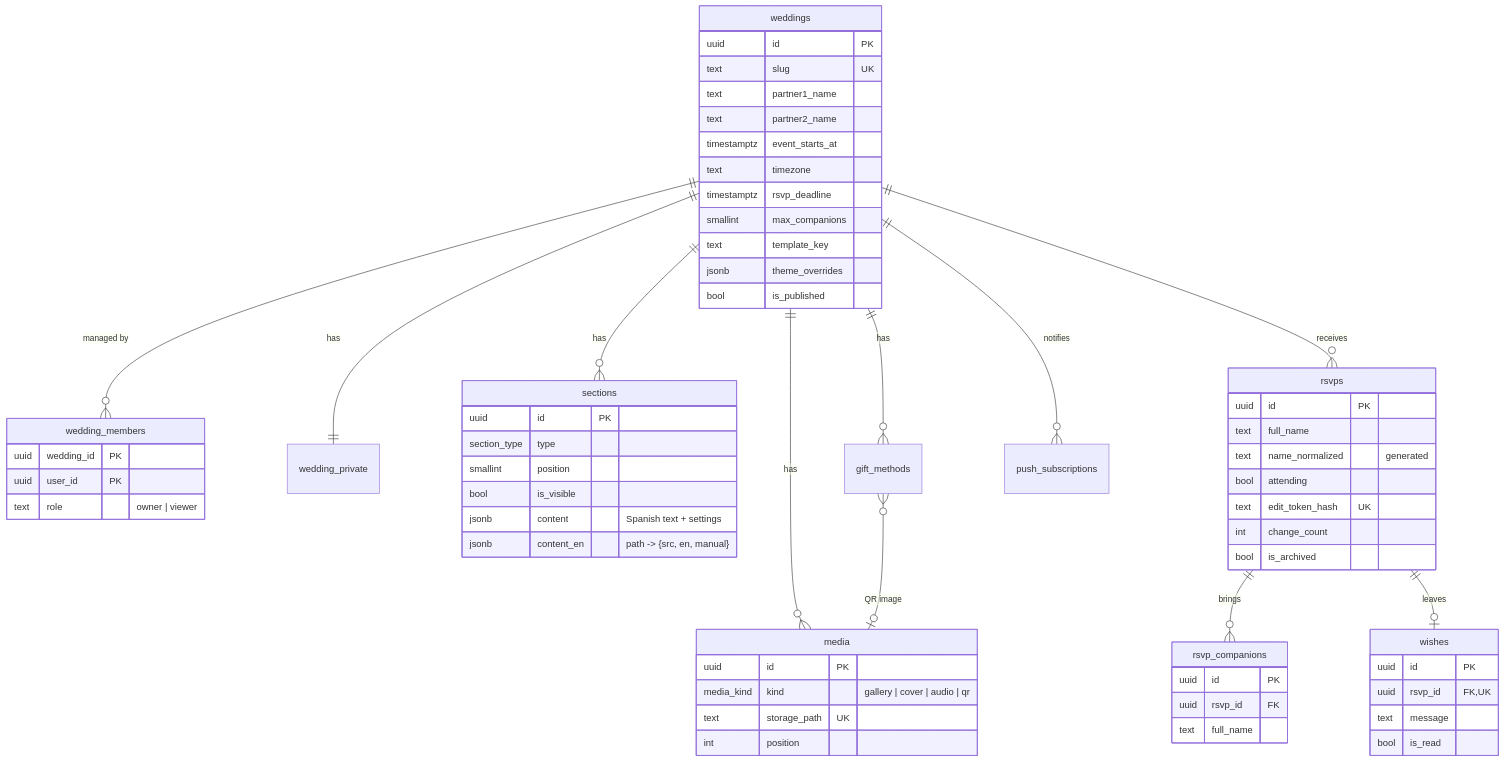
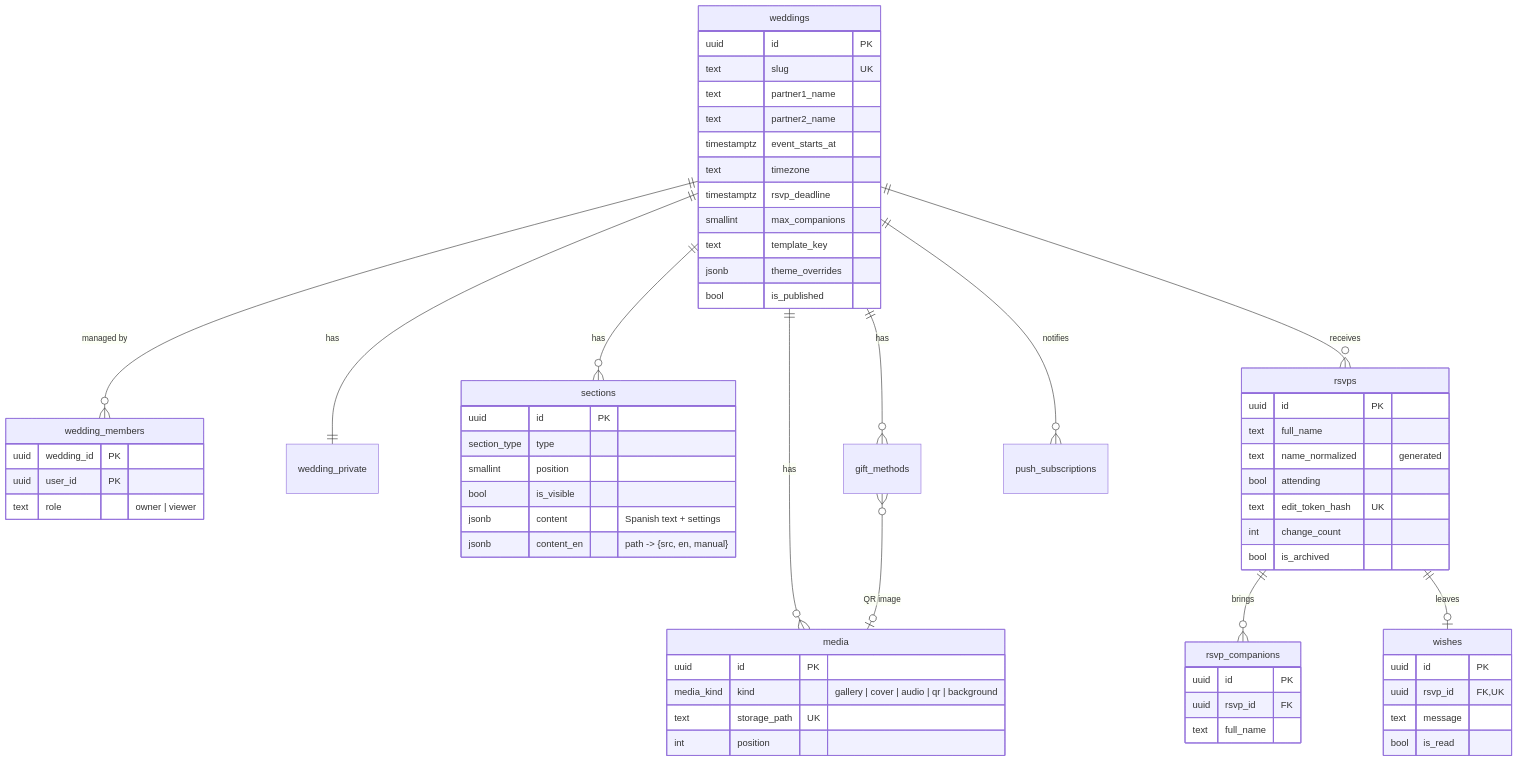
Before and after one commit to Daniiel18/plataforma-bodas: the diagram in docs/database.md, drawn with Mermaid. The commit also changed 26 other files, not shown here.

````diff
--- a/docs/database.md
+++ b/docs/database.md
@@ -5,66 +5,66 @@
 ```mermaid
 erDiagram
   weddings ||--o{ wedding_members : "managed by"
   weddings ||--|| wedding_private : has
   weddings ||--o{ sections : has
   weddings ||--o{ media : has
   weddings ||--o{ gift_methods : has
   weddings ||--o{ rsvps : receives
   weddings ||--o{ push_subscriptions : notifies
   rsvps ||--o{ rsvp_companions : brings
   rsvps ||--o| wishes : leaves
   gift_methods }o--o| media : "QR image"
 
   weddings {
     uuid id PK
     text slug UK
     text partner1_name
     text partner2_name
     timestamptz event_starts_at
     text timezone
     timestamptz rsvp_deadline
     smallint max_companions
     text template_key
     jsonb theme_overrides
     bool is_published
   }
   wedding_members {
     uuid wedding_id PK
     uuid user_id PK
     text role "owner | viewer"
   }
   sections {
     uuid id PK
     section_type type
     smallint position
     bool is_visible
     jsonb content "Spanish text + settings"
     jsonb content_en "path -> {src, en, manual}"
   }
   media {
     uuid id PK
-    media_kind kind "gallery | cover | audio | qr"
+    media_kind kind "gallery | cover | audio | qr | background"
     text storage_path UK
     int position
   }
   rsvps {
     uuid id PK
     text full_name
     text name_normalized "generated"
     bool attending
     text edit_token_hash UK
     int change_count
     bool is_archived
   }
   rsvp_companions {
     uuid id PK
     uuid rsvp_id FK
     text full_name
   }
   wishes {
     uuid id PK
     uuid rsvp_id FK,UK
     text message
     bool is_read
   }
 ```
````
